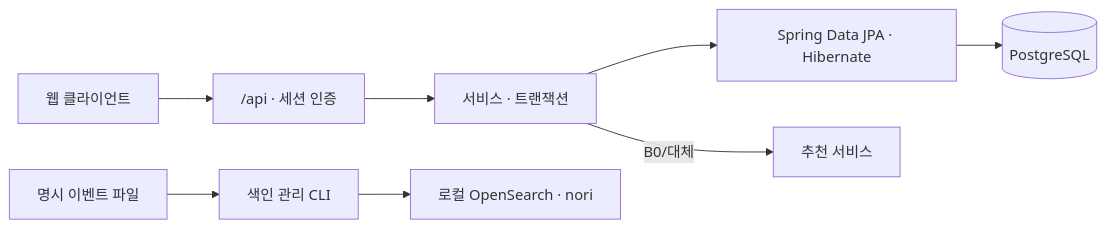
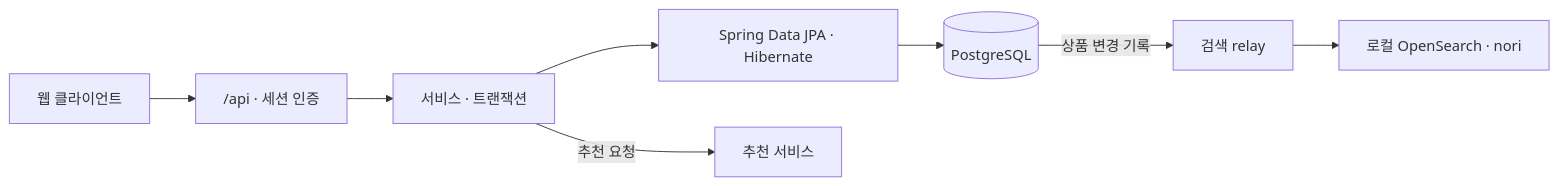
One commit to Pubburi/Backend changed the diagram in README.md. Above: the diagram before and after it, drawn with Mermaid. The commit also changed other lines of this file, not shown here.

````diff
--- a/README.md
+++ b/README.md
@@ -79,10 +69,10 @@
 ```mermaid
 flowchart LR
     Web["웹 클라이언트"] --> API["/api · 세션 인증"]
     API --> Service["서비스 · 트랜잭션"]
     Service --> JPA["Spring Data JPA · Hibernate"]
     JPA --> DB[("PostgreSQL")]
-    Service -->|B0/대체| Recommendation["추천 서비스"]
-    Events["명시 이벤트 파일"] --> CLI["색인 관리 CLI"]
-    CLI --> Search["로컬 OpenSearch · nori"]
+    Service -->|추천 요청| Recommendation["추천 서비스"]
+    DB -->|상품 변경 기록| Relay["검색 relay"]
+    Relay --> Search["로컬 OpenSearch · nori"]
 ```
````
